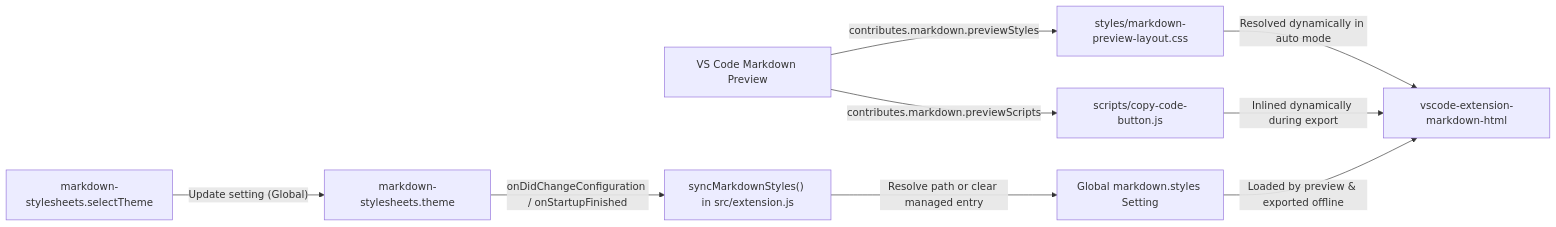
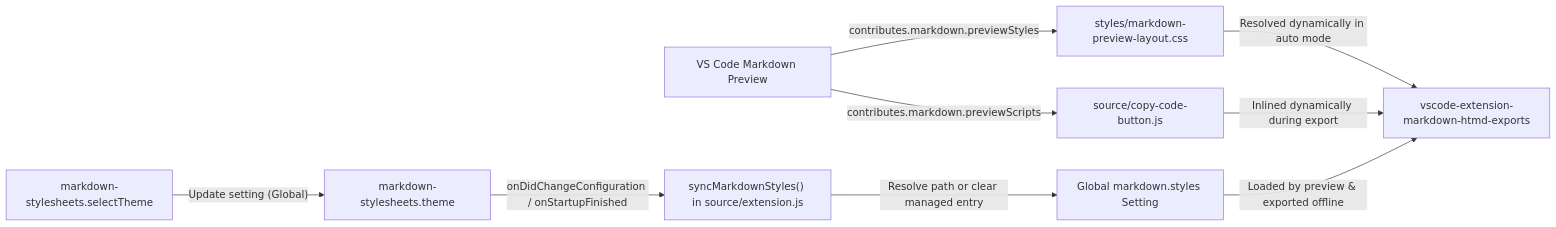
One commit to tbruneel/vscode-extension-markdown-stylesheets changed the diagram in docs/technical.md. Above: the diagram before and after it, drawn with Mermaid. The commit also changed other lines of this file and 11 other files, not shown here.

Commit message:
Standardize source/package layout and Marketplace v1.0.1 companion links

````diff
--- a/docs/technical.md
+++ b/docs/technical.md
@@ -31,11 +30,11 @@
 ```mermaid
 flowchart LR
     Preview["VS Code Markdown Preview"] -->|"contributes.markdown.previewStyles"| Layout["styles/markdown-preview-layout.css"]
-    Preview -->|"contributes.markdown.previewScripts"| CopyScript["scripts/copy-code-button.js"]
+    Preview -->|"contributes.markdown.previewScripts"| CopyScript["source/copy-code-button.js"]
     Command["markdown-stylesheets.selectTheme"] -->|"Update setting (Global)"| Setting["markdown-stylesheets.theme"]
-    Setting -->|"onDidChangeConfiguration / onStartupFinished"| Sync["syncMarkdownStyles() in src/extension.js"]
+    Setting -->|"onDidChangeConfiguration / onStartupFinished"| Sync["syncMarkdownStyles() in source/extension.js"]
     Sync -->|"Resolve path or clear managed entry"| MdStyles["Global markdown.styles Setting"]
-    Layout -->|"Resolved dynamically in auto mode"| MdHtml["vscode-extension-markdown-html"]
-    CopyScript -->|"Inlined dynamically during export"| MdHtml
-    MdStyles -->|"Loaded by preview & exported offline"| MdHtml
+    Layout -->|"Resolved dynamically in auto mode"| MdHtmd["vscode-extension-markdown-htmd-exports"]
+    CopyScript -->|"Inlined dynamically during export"| MdHtmd
+    MdStyles -->|"Loaded by preview & exported offline"| MdHtmd
 ```
````
